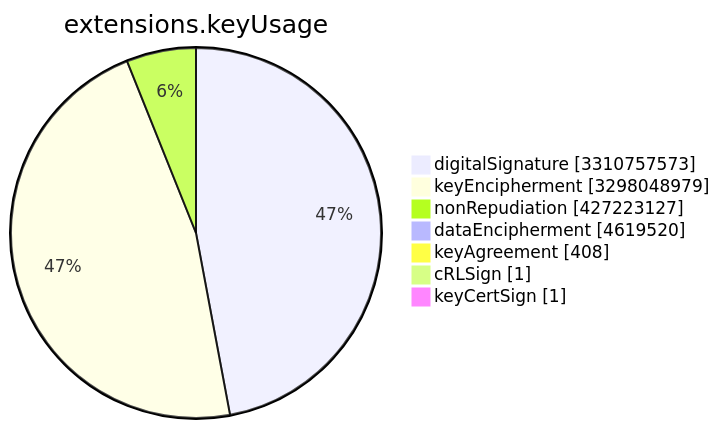
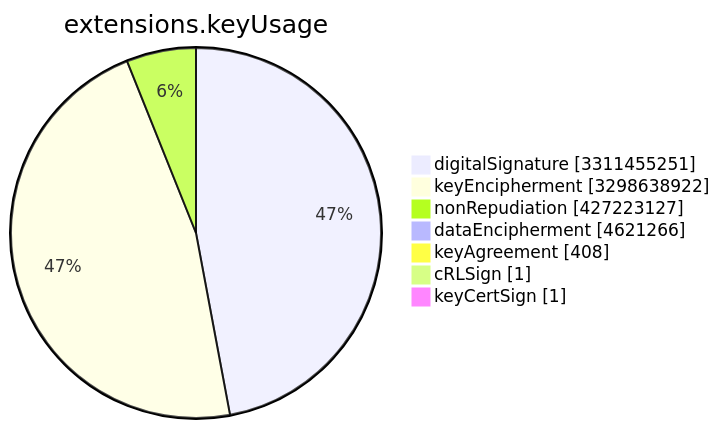
Before and after one commit to christiankrug/ctmonitor_visualization: the sixth of 15 diagrams in TOTAL/README.md, drawn with Mermaid. The commit also changed other lines of this file, not shown here.

````diff
--- a/TOTAL/README.md
+++ b/TOTAL/README.md
@@ -3078,11 +3078,11 @@
 ```mermaid
 pie showData
 title extensions.keyUsage
-"digitalSignature" :3310757573
-"keyEncipherment" :3298048979
+"digitalSignature" :3311455251
+"keyEncipherment" :3298638922
 "nonRepudiation" :427223127
-"dataEncipherment" :4619520
+"dataEncipherment" :4621266
 "keyAgreement" :408
 "cRLSign" :1
 "keyCertSign" :1
 ```
````
